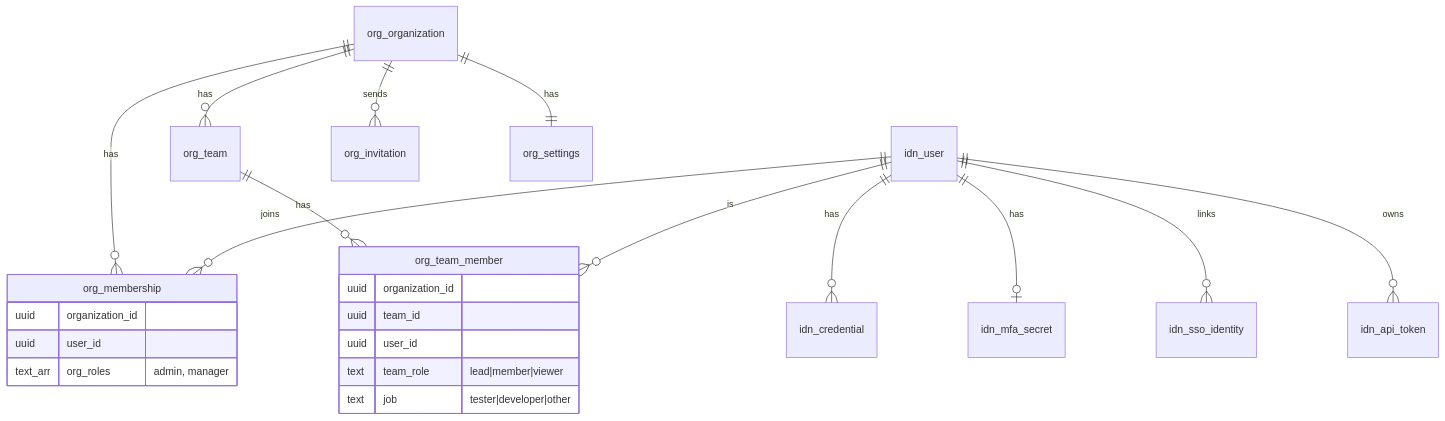
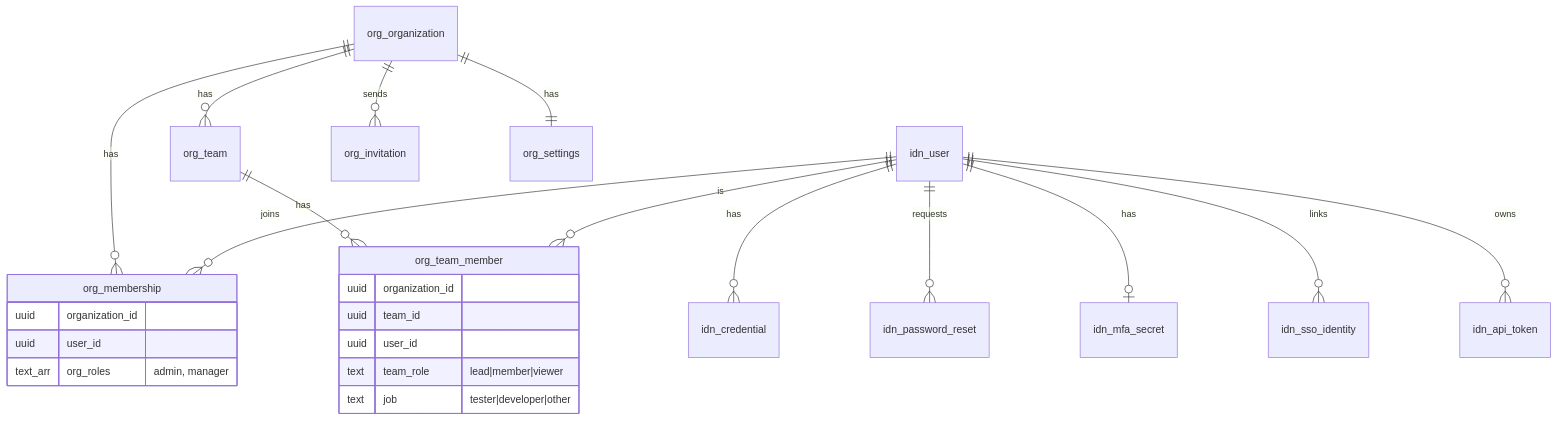
The first of 4 diagrams in docs/02-architecture/data-model.md (Mir-Zairan/pinround-symfony), drawn with Mermaid before and after one commit. The commit also changed other lines of this file and 50 other files, not shown here.

First line of the commit message:
Add password reset by email with a single-use one-hour link

````diff
--- a/docs/02-architecture/data-model.md
+++ b/docs/02-architecture/data-model.md
@@ -52,26 +52,27 @@
 ```mermaid
 erDiagram
   idn_user ||--o{ idn_credential : has
+  idn_user ||--o{ idn_password_reset : requests
   idn_user ||--o| idn_mfa_secret : has
   idn_user ||--o{ idn_sso_identity : links
   idn_user ||--o{ idn_api_token : owns
   org_organization ||--o{ org_membership : has
   idn_user ||--o{ org_membership : joins
   org_organization ||--o{ org_team : has
   org_team ||--o{ org_team_member : has
   idn_user ||--o{ org_team_member : is
   org_organization ||--o{ org_invitation : sends
   org_organization ||--|| org_settings : has
   org_membership {
     uuid organization_id
     uuid user_id
     text_arr org_roles "admin, manager"
   }
   org_team_member {
     uuid organization_id
     uuid team_id
     uuid user_id
     text team_role "lead|member|viewer"
     text job "tester|developer|other"
   }
 ```
````
